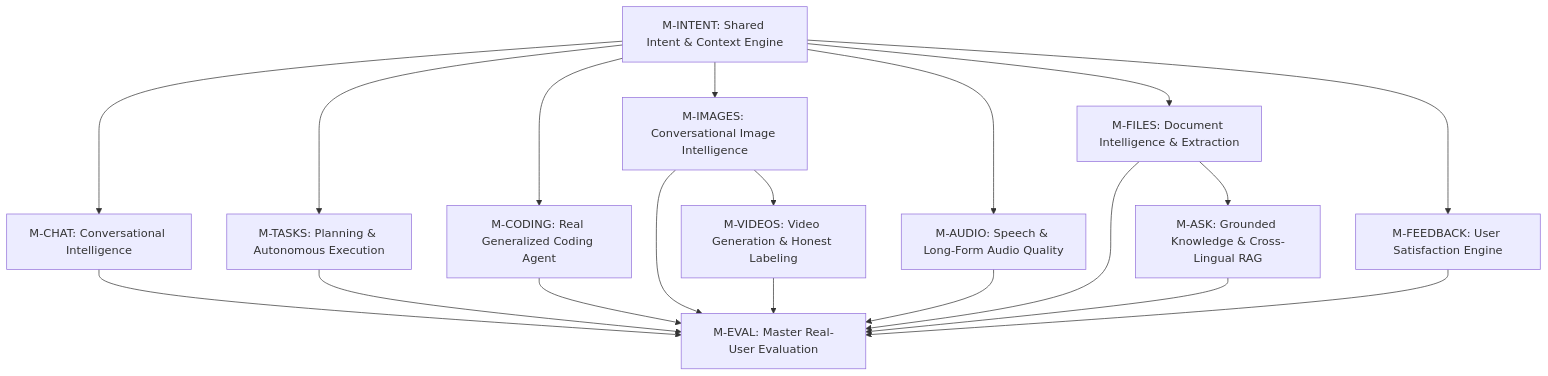
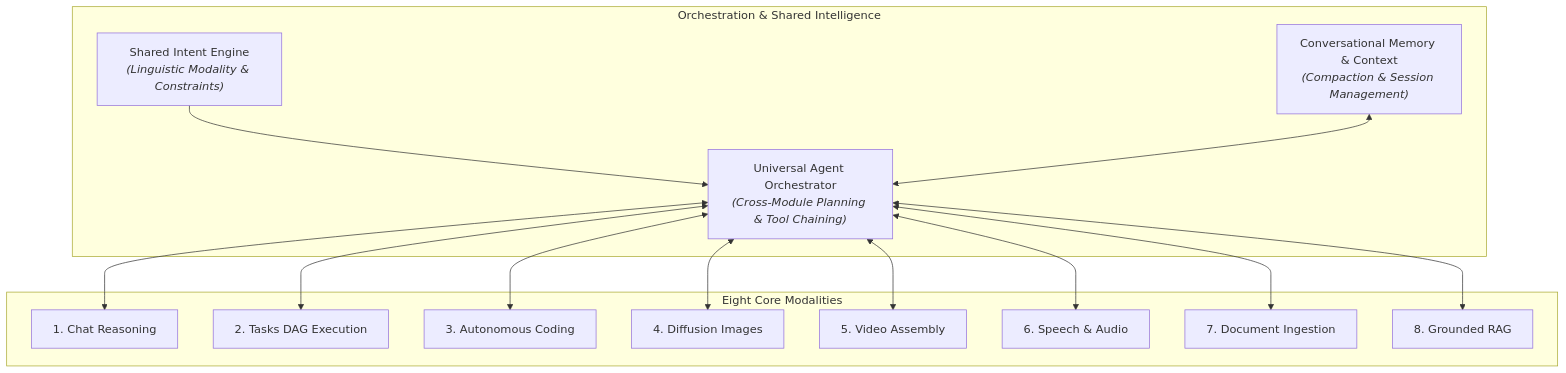
Before and after one commit to zolex12770/Smart-AI-Module: the diagram in docs/NIRNAYAI_UNIVERSAL_QUALITY_MINDSTONE.md, drawn with Mermaid. The commit also changed other lines of this file and 7 other files, not shown here.

Commit message:
feat(orchestration): M-ORCH-01 federate media & RAG tools into universal agent

````diff
--- a/docs/NIRNAYAI_UNIVERSAL_QUALITY_MINDSTONE.md
+++ b/docs/NIRNAYAI_UNIVERSAL_QUALITY_MINDSTONE.md
@@ -46,13 +68,30 @@
 ```mermaid
 flowchart TD
-    M_INTENT["M-INTENT: Shared Intent & Context Engine"] --> M_CHAT["M-CHAT: Conversational Intelligence"]
-    M_INTENT --> M_FEEDBACK["M-FEEDBACK: User Satisfaction Engine"]
-    M_INTENT --> M_TASKS["M-TASKS: Planning & Autonomous Execution"]
-    M_INTENT --> M_CODING["M-CODING: Real Generalized Coding Agent"]
-    M_INTENT --> M_IMAGES["M-IMAGES: Conversational Image Intelligence"]
-    M_IMAGES --> M_VIDEOS["M-VIDEOS: Video Generation & Honest Labeling"]
-    M_INTENT --> M_AUDIO["M-AUDIO: Speech & Long-Form Audio Quality"]
-    M_INTENT --> M_FILES["M-FILES: Document Intelligence & Extraction"]
-    M_FILES --> M_ASK["M-ASK: Grounded Knowledge & Cross-Lingual RAG"]
-    M_CHAT & M_TASKS & M_CODING & M_IMAGES & M_VIDEOS & M_AUDIO & M_FILES & M_ASK & M_FEEDBACK --> M_EVAL["M-EVAL: Master Real-User Evaluation"]
+    subgraph Core ["Orchestration & Shared Intelligence"]
+        INTENT["Shared Intent Engine<br/><i>(Linguistic Modality & Constraints)</i>"]
+        ORCH["Universal Agent Orchestrator<br/><i>(Cross-Module Planning & Tool Chaining)</i>"]
+        MEM["Conversational Memory & Context<br/><i>(Compaction & Session Management)</i>"]
+    end
+
+    subgraph Modalities ["Eight Core Modalities"]
+        CHAT["1. Chat Reasoning"]
+        TASKS["2. Tasks DAG Execution"]
+        CODING["3. Autonomous Coding"]
+        IMAGES["4. Diffusion Images"]
+        VIDEOS["5. Video Assembly"]
+        AUDIO["6. Speech & Audio"]
+        FILES["7. Document Ingestion"]
+        ASK["8. Grounded RAG"]
+    end
+
+    INTENT --> ORCH
+    MEM <--> ORCH
+    ORCH <--> CHAT
+    ORCH <--> TASKS
+    ORCH <--> CODING
+    ORCH <--> IMAGES
+    ORCH <--> VIDEOS
+    ORCH <--> AUDIO
+    ORCH <--> FILES
+    ORCH <--> ASK
 ```
````
